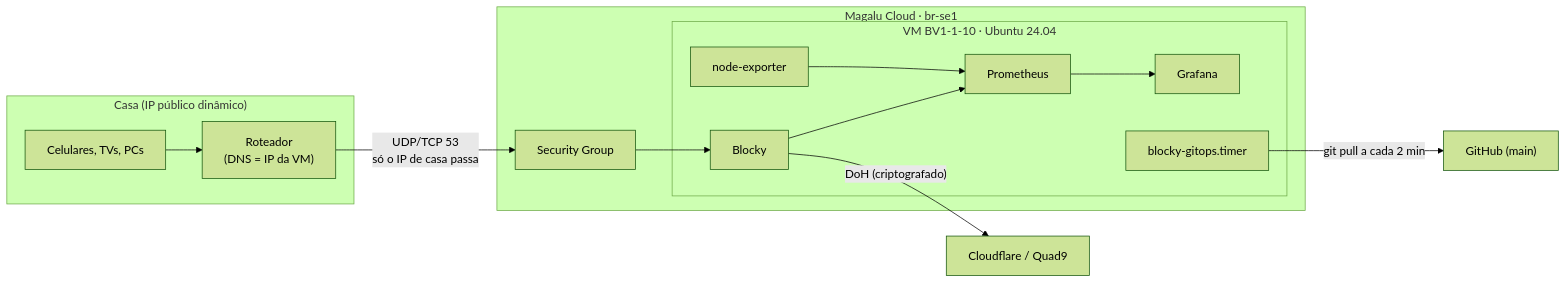
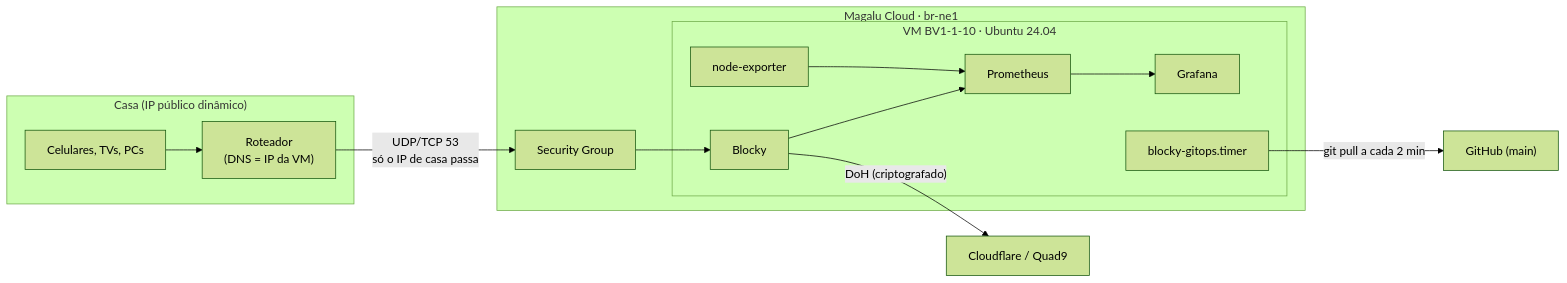
The diagram in README.md (MarcosDaNight/blocky-cloud-dns), drawn with Mermaid (forest theme) before and after one commit. The commit also changed 3 other files, not shown here.

````diff
--- a/README.md
+++ b/README.md
@@ -8,17 +8,17 @@
 ```mermaid
 flowchart LR
   subgraph casa["Casa (IP público dinâmico)"]
     dev["Celulares, TVs, PCs"] --> router["Roteador<br/>(DNS = IP da VM)"]
   end
   router -- "UDP/TCP 53<br/>só o IP de casa passa" --> sg
-  subgraph mgc["Magalu Cloud · br-se1"]
+  subgraph mgc["Magalu Cloud · br-ne1"]
     sg["Security Group"] --> blocky
     subgraph vm["VM BV1-1-10 · Ubuntu 24.04"]
       blocky["Blocky"] --> prom["Prometheus"] --> graf["Grafana"]
       node["node-exporter"] --> prom
       gitops["blocky-gitops.timer"]
     end
   end
   blocky -- "DoH (criptografado)" --> up["Cloudflare / Quad9"]
   gitops -- "git pull a cada 2 min" --> gh["GitHub (main)"]
 ```
````
